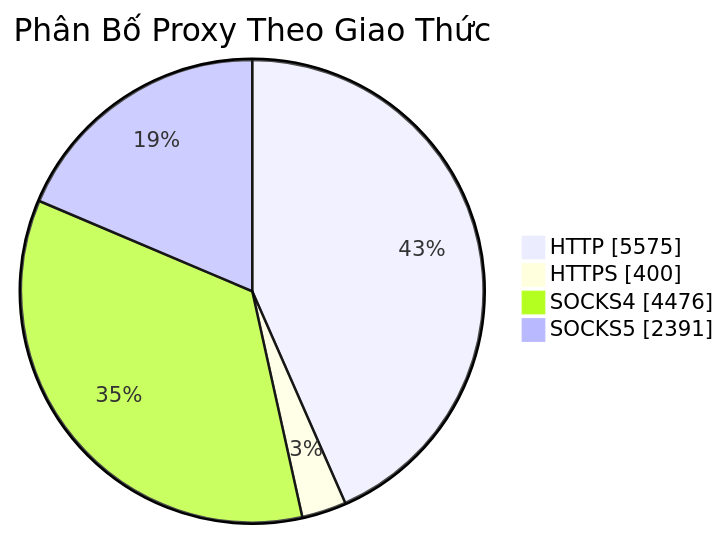
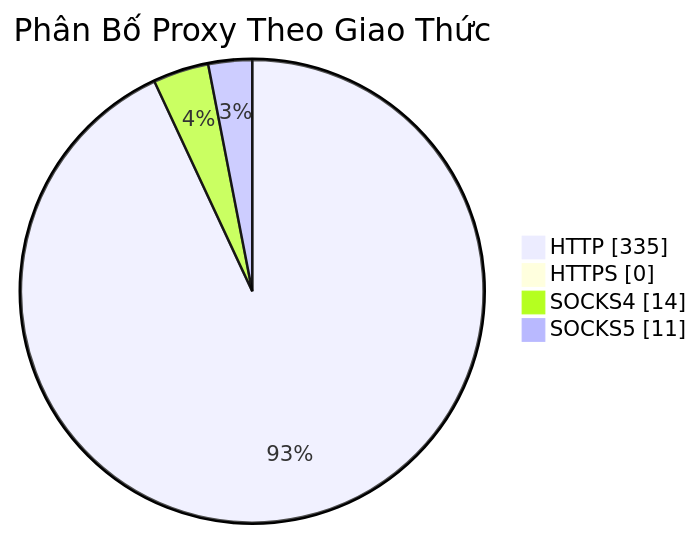
One commit to Ciara-Aa/PROXY-free changed the diagram in README.md. Above: the diagram before and after it, drawn with Mermaid. The commit also changed other lines of this file and 4 other files, not shown here.

````diff
--- a/README.md
+++ b/README.md
@@ -26,7 +26,7 @@
 ```mermaid
 pie showData title Phân Bố Proxy Theo Giao Thức
-    "HTTP" : 5575
-    "HTTPS" : 400
-    "SOCKS4" : 4476
-    "SOCKS5" : 2391
+    "HTTP" : 335
+    "HTTPS" : 0
+    "SOCKS4" : 14
+    "SOCKS5" : 11
 ```
````
